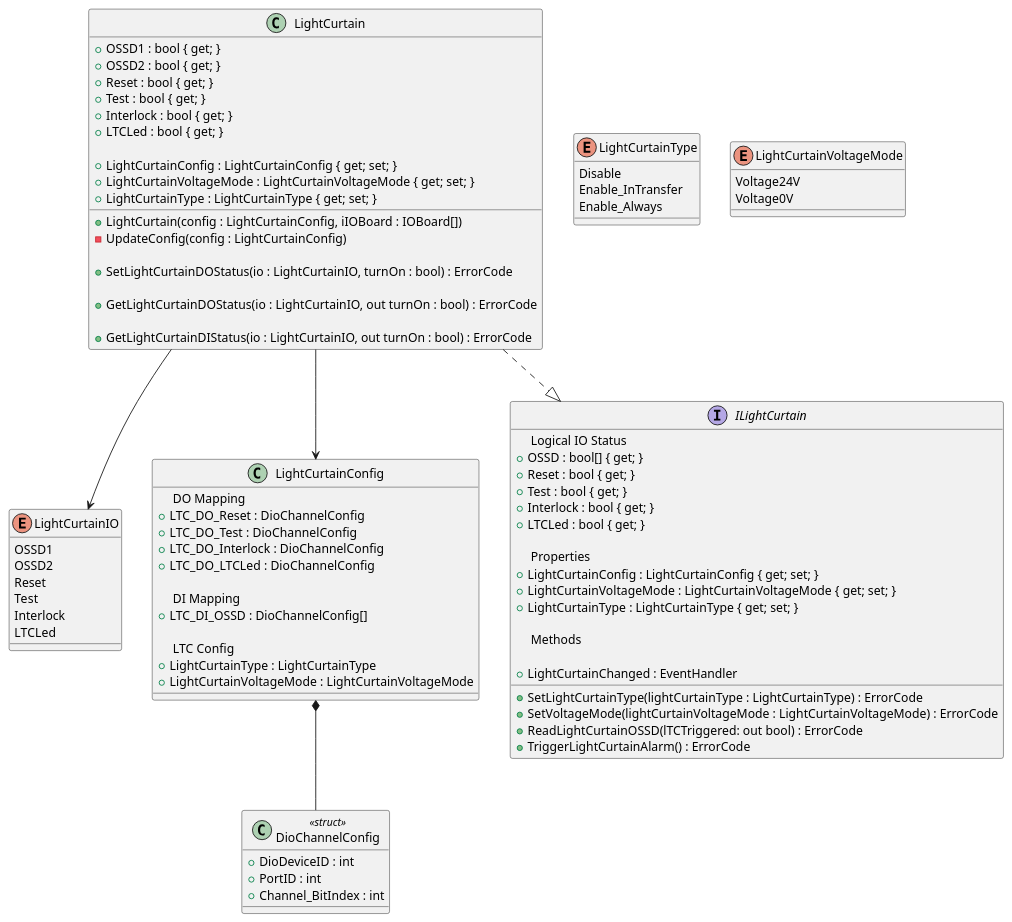
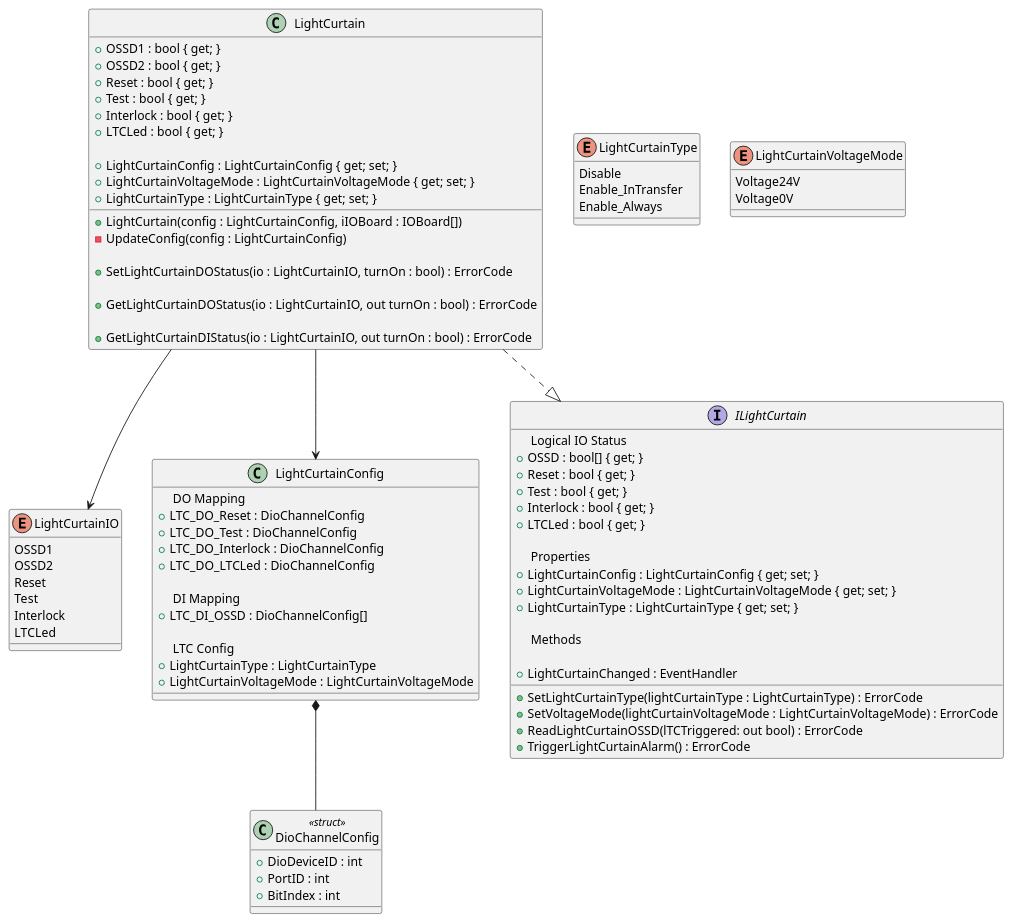
The diagram in referenceData/LightCurtain_PlantUML.wsd (picasso7777/tdk_main3), drawn with PlantUML before and after one commit. The commit also changed 4 other files, not shown here.

Commit message:
refactor(light-curtain): rename Channel_BitIndex to BitIndex for consistency

```diff
--- a/referenceData/LightCurtain_PlantUML.wsd
+++ b/referenceData/LightCurtain_PlantUML.wsd
@@ -1,150 +1,150 @@
 @startuml
 
 ' =========================
 ' Enum: LightCurtainIO
 ' =========================
 enum LightCurtainIO {
     OSSD1
     OSSD2
     Reset
     Test
     Interlock
     LTCLed
 }
 
 ' =========================
 ' Enum: LightCurtainType
 ' =========================
 enum LightCurtainType {
     Disable
     Enable_InTransfer
     Enable_Always
 }
 
 ' =========================
 ' Enum: LightCurtainVoltageMode
 ' =========================
 enum LightCurtainVoltageMode {
     Voltage24V
     Voltage0V
 }
 
 ' =========================
 ' Struct: DioChannelConfig
 ' =========================
 class DioChannelConfig <<struct>> {
     + DioDeviceID : int
     + PortID : int
-    + Channel_BitIndex : int
+    + BitIndex : int
 }
 
 ' =========================
 ' Class: LightCurtainConfig
 ' =========================
 class LightCurtainConfig {
 
     == DO Mapping ==
     + LTC_DO_Reset : DioChannelConfig
     + LTC_DO_Test : DioChannelConfig
     + LTC_DO_Interlock : DioChannelConfig
     + LTC_DO_LTCLed : DioChannelConfig
 
     == DI Mapping ==
     + LTC_DI_OSSD : DioChannelConfig[]
 
     == LTC Config ==
     + LightCurtainType : LightCurtainType
     + LightCurtainVoltageMode : LightCurtainVoltageMode
 }
 
 ' =========================
 ' Interface: ILightCurtain
 ' =========================
 interface ILightCurtain{
 
     == Logical IO Status ==
     + OSSD : bool[] { get; }
     + Reset : bool { get; }
     + Test : bool { get; }
     + Interlock : bool { get; }
     + LTCLed : bool { get; }
 
     == Properties ==
     + LightCurtainConfig : LightCurtainConfig { get; set; }
     + LightCurtainVoltageMode : LightCurtainVoltageMode { get; set; }
     + LightCurtainType : LightCurtainType { get; set; }
 
     == Methods ==
     + SetLightCurtainType(lightCurtainType : LightCurtainType) : ErrorCode
     + SetVoltageMode(lightCurtainVoltageMode : LightCurtainVoltageMode) : ErrorCode
     + ReadLightCurtainOSSD(lTCTriggered: out bool) : ErrorCode
     + TriggerLightCurtainAlarm() : ErrorCode
 
     + LightCurtainChanged : EventHandler
 }
 
 ' =========================
 ' Class: LightCurtain
 ' =========================
 class LightCurtain {
 
     + OSSD1 : bool { get; }
     + OSSD2 : bool { get; }
     + Reset : bool { get; }
     + Test : bool { get; }
     + Interlock : bool { get; }
     + LTCLed : bool { get; }
 
     + LightCurtainConfig : LightCurtainConfig { get; set; }
     + LightCurtainVoltageMode : LightCurtainVoltageMode { get; set; }
     + LightCurtainType : LightCurtainType { get; set; }
 
     + LightCurtain(config : LightCurtainConfig, iIOBoard : IOBoard[])
     - UpdateConfig(config : LightCurtainConfig)
 
 ' ========================= DO ===================
     + SetLightCurtainDOStatus(io : LightCurtainIO, turnOn : bool) : ErrorCode
 ' Runtime Usage (.NET 4.7.2)
 ' this.iDos[config.LTC_DO_Test.DioDeviceID]
 '     .SetOutputBit(
 '         config.LTC_DO_Test.PortID,
-'         config.LTC_DO_Test.Channel_BitIndex,
+'         config.LTC_DO_Test.BitIndex,
 '         turnOn
 '     );
 
     + GetLightCurtainDOStatus(io : LightCurtainIO, out turnOn : bool) : ErrorCode
 ' Runtime Usage
 ' this.iDos[config.LTC_DO_Test.DioDeviceID]
 '     .GetDO(
 '         config.LTC_DO_Test.PortID,
-'         config.LTC_DO_Test.Channel_BitIndex,
+'         config.LTC_DO_Test.BitIndex,
 '         out turnOn
 '     );
 
 ' ========================= DI ===================
     + GetLightCurtainDIStatus(io : LightCurtainIO, out turnOn : bool) : ErrorCode
 ' Runtime Usage
 ' switch(io)
 '   case LightCurtainIO.OSSD1:
 '       if(iIOBoard[config.LTC_DI_OSSD1.DioDeviceID] is IVirtualWritableInput)
 '       {
 '           iIOBoard[config.LTC_DI_OSSD1.DioDeviceID]
 '               .PushInputBit(
 '                   config.LTC_DI_OSSD1.PortID,
-'                   config.LTC_DI_OSSD1.Channel_BitIndex,
+'                   config.LTC_DI_OSSD1.BitIndex,
 '                   turnOn
 '               );
 '           return true;
 '       }
 '       return false;
 }
 
 ' =========================
 ' Relationships
 ' =========================
 LightCurtain ..|> ILightCurtain
 LightCurtain --> LightCurtainConfig
 LightCurtainConfig *-- DioChannelConfig
 LightCurtain --> LightCurtainIO
 
 @enduml
```
